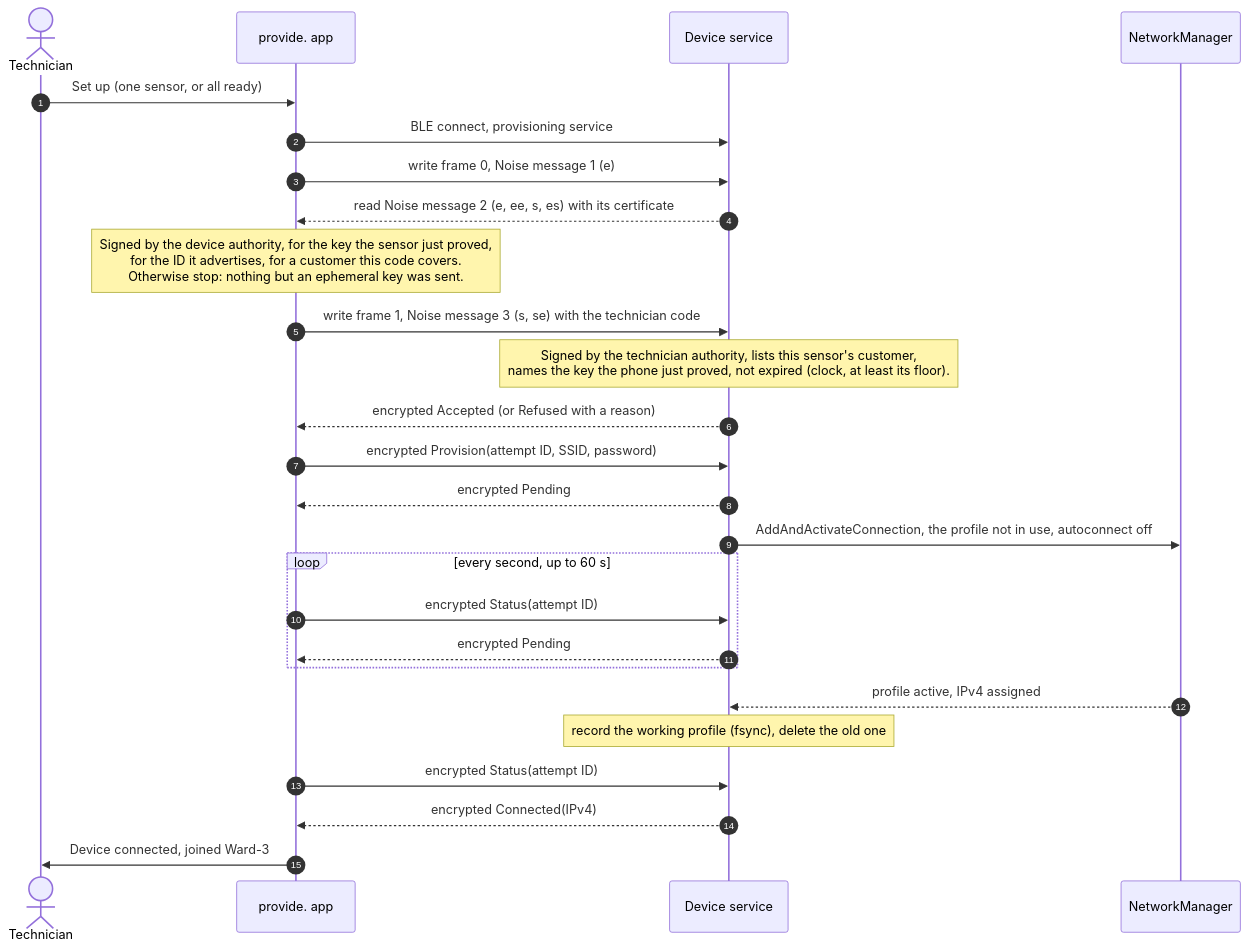
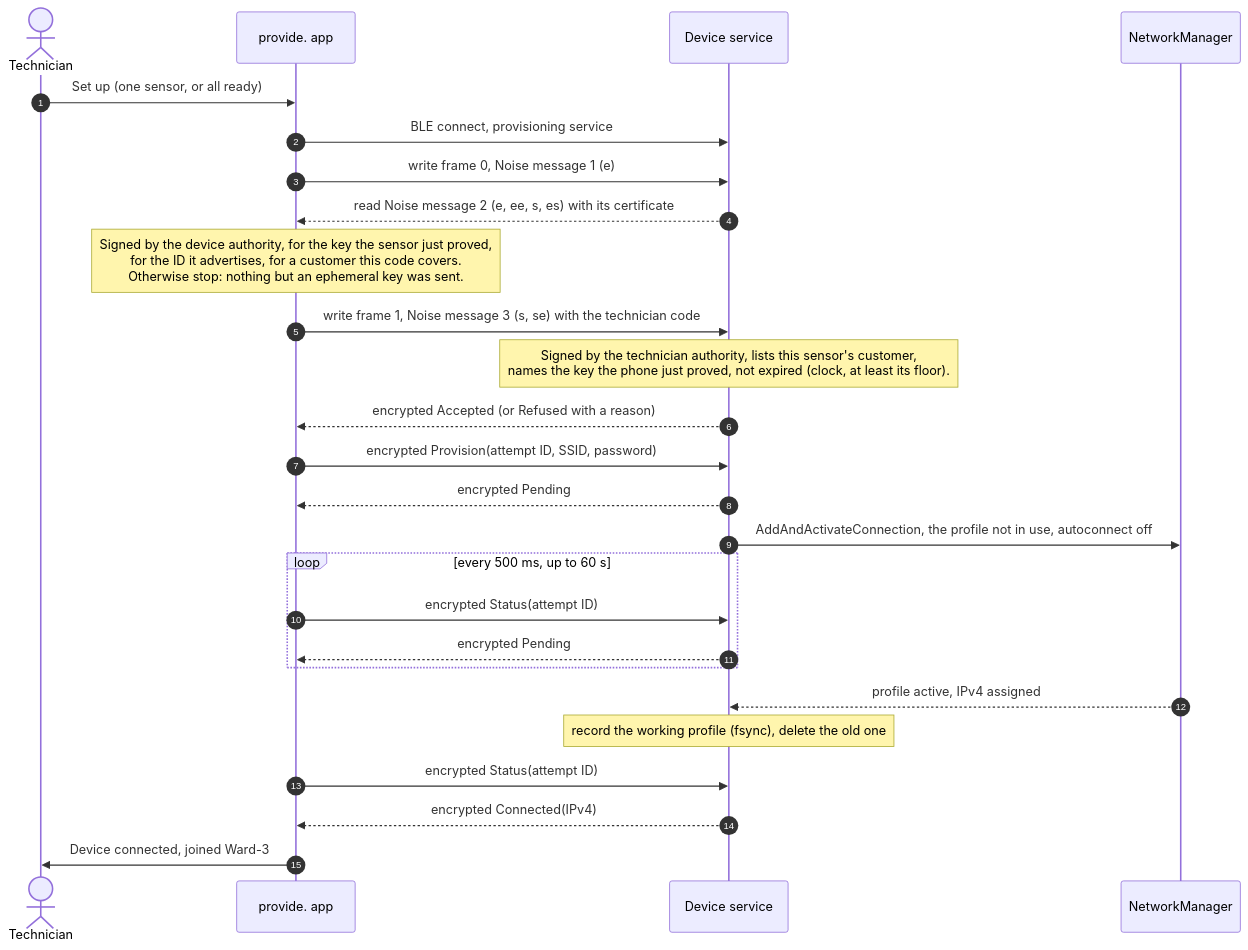
Before and after one commit to NoeBrt/Teton-Provide: the second of 5 diagrams in docs/ARCHITECTURE.md, drawn with Mermaid. The commit also changed other lines of this file and 19 other files, not shown here.

````diff
--- a/docs/ARCHITECTURE.md
+++ b/docs/ARCHITECTURE.md
@@ -86,28 +143,28 @@
 ```mermaid
 sequenceDiagram
     autonumber
     actor T as Technician
     participant P as provide. app
     participant D as Device service
     participant N as NetworkManager
     T->>P: Set up (one sensor, or all ready)
     P->>D: BLE connect, provisioning service
     P->>D: write frame 0, Noise message 1 (e)
     D-->>P: read Noise message 2 (e, ee, s, es) with its certificate
     Note over P: Signed by the device authority, for the key the sensor just proved,<br/>for the ID it advertises, for a customer this code covers.<br/>Otherwise stop: nothing but an ephemeral key was sent.
     P->>D: write frame 1, Noise message 3 (s, se) with the technician code
     Note over D: Signed by the technician authority, lists this sensor's customer,<br/>names the key the phone just proved, not expired (clock, at least its floor).
     D-->>P: encrypted Accepted (or Refused with a reason)
     P->>D: encrypted Provision(attempt ID, SSID, password)
     D-->>P: encrypted Pending
     D->>N: AddAndActivateConnection, the profile not in use, autoconnect off
-    loop every second, up to 60 s
+    loop every 500 ms, up to 60 s
         P->>D: encrypted Status(attempt ID)
         D-->>P: encrypted Pending
     end
     N-->>D: profile active, IPv4 assigned
     Note over D: record the working profile (fsync), delete the old one
     P->>D: encrypted Status(attempt ID)
     D-->>P: encrypted Connected(IPv4)
     P->>T: Device connected, joined Ward-3
 ```
````
